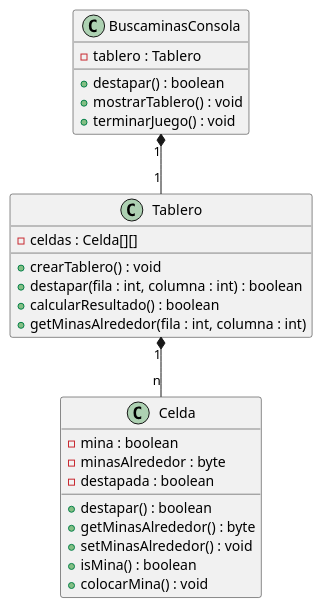
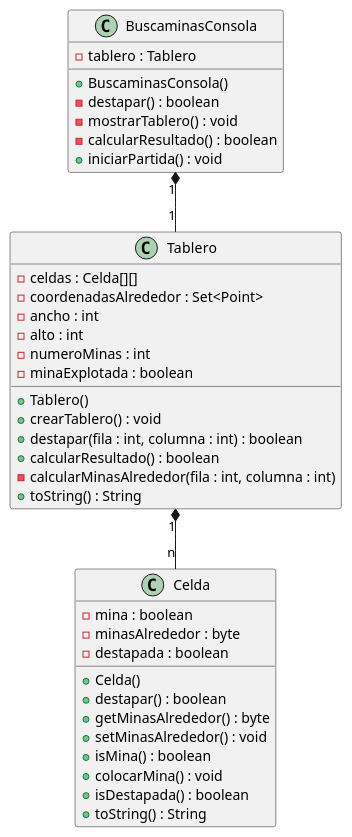
The diagram in src/EjerciciosClase/Buscaminas/Buscaminas.puml (elprofesoremilio/DAM1_2425_Java), drawn with PlantUML before and after one commit. The commit also changed 4 other files, not shown here.

```diff
--- a/src/EjerciciosClase/Buscaminas/Buscaminas.puml
+++ b/src/EjerciciosClase/Buscaminas/Buscaminas.puml
@@ -1,34 +1,46 @@
 @startuml
 class BuscaminasConsola {
     -tablero : Tablero
 
-    +destapar() : boolean
-    +mostrarTablero() : void
-    +terminarJuego() : void
+    +BuscaminasConsola()
+    -destapar() : boolean
+    -mostrarTablero() : void
+    -calcularResultado() : boolean
+    +iniciarPartida() : void
 }
 
 class Tablero {
     -celdas : Celda[][]
+    -coordenadasAlrededor : Set<Point>
+    -ancho : int
+    -alto : int
+    -numeroMinas : int
+    -minaExplotada : boolean
 
+    +Tablero()
     +crearTablero() : void
     +destapar(fila : int, columna : int) : boolean
     +calcularResultado() : boolean
-    +getMinasAlrededor(fila : int, columna : int)
+    -calcularMinasAlrededor(fila : int, columna : int)
+    +toString() : String
 }
 
 class Celda {
     -mina : boolean
     -minasAlrededor : byte
     -destapada : boolean
 
+    +Celda()
     +destapar() : boolean
     +getMinasAlrededor() : byte
     +setMinasAlrededor() : void
     +isMina() : boolean
     +colocarMina() : void
+    +isDestapada() : boolean
+    +toString() : String
 }
 
 Tablero "1" *-- "n" Celda
 BuscaminasConsola "1" *-- "1" Tablero
 
 @enduml
```
